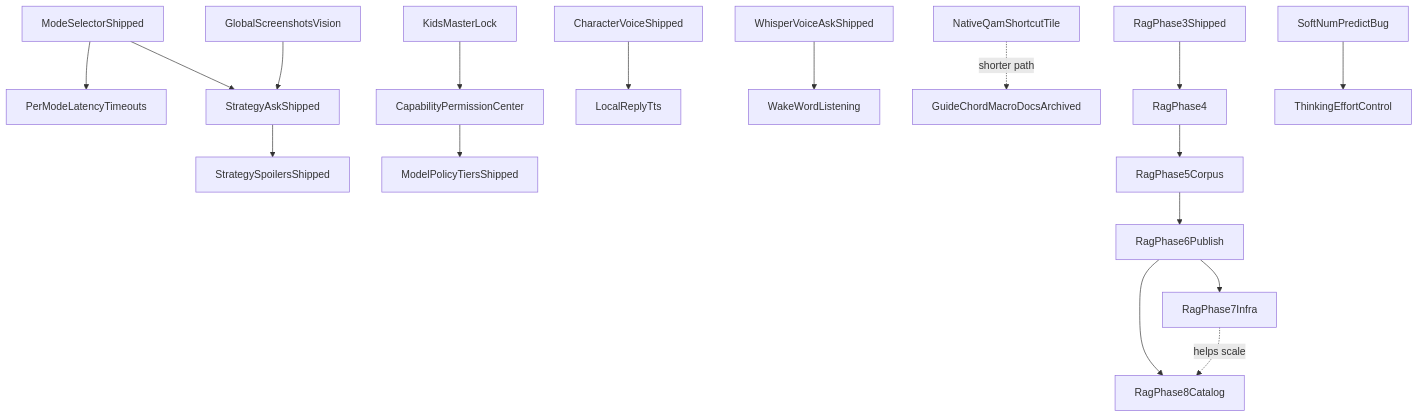
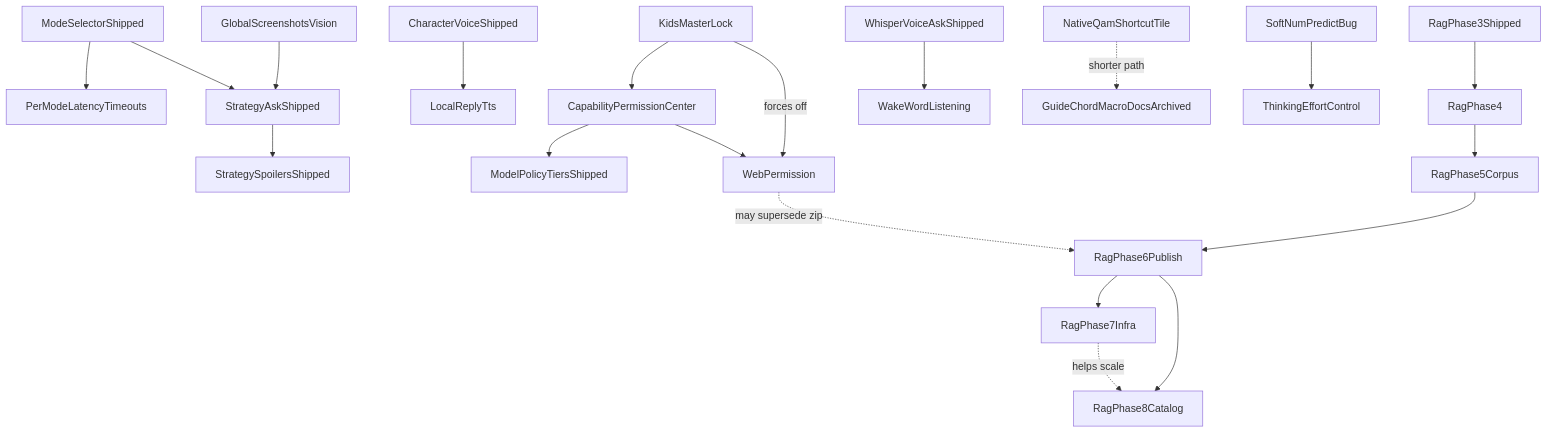
The diagram in docs/roadmap.md (cantcurecancer/bonsAI), drawn with Mermaid before and after one commit. The commit also changed other lines of this file, not shown here.

Commit message:
web permission planning

````diff
--- a/docs/roadmap.md
+++ b/docs/roadmap.md
@@ -250,19 +290,22 @@
 ```mermaid
 flowchart TD
   modeSelector[ModeSelectorShipped] --> perModeProfiles[PerModeLatencyTimeouts]
   modeSelector --> strategyPath[StrategyAskShipped]
   strategyPath --> strategySafety[StrategySpoilersShipped]
   visionFeature[GlobalScreenshotsVision] --> strategyPath
   capabilityPermission[CapabilityPermissionCenter] --> modelPolicyTiers[ModelPolicyTiersShipped]
+  capabilityPermission --> webPermission[WebPermission]
   kidsLock[KidsMasterLock] --> capabilityPermission
+  kidsLock -->|forces off| webPermission
+  webPermission -.->|may supersede zip| ragPhase6
   characterVoice[CharacterVoiceShipped] --> localTts[LocalReplyTts]
   whisperAsk[WhisperVoiceAskShipped] --> wakeWord[WakeWordListening]
   nativeQam[NativeQamShortcutTile] -.->|shorter path| macroDocs[GuideChordMacroDocsArchived]
   ragPhase3[RagPhase3Shipped] --> ragPhase4[RagPhase4]
   ragPhase4 --> ragPhase5[RagPhase5Corpus]
   ragPhase5 --> ragPhase6[RagPhase6Publish]
   ragPhase6 --> ragPhase7[RagPhase7Infra]
   ragPhase6 --> ragPhase8[RagPhase8Catalog]
   ragPhase7 -.->|helps scale| ragPhase8
   softBudget[SoftNumPredictBug] --> thinkingEffort[ThinkingEffortControl]
 ```
````
